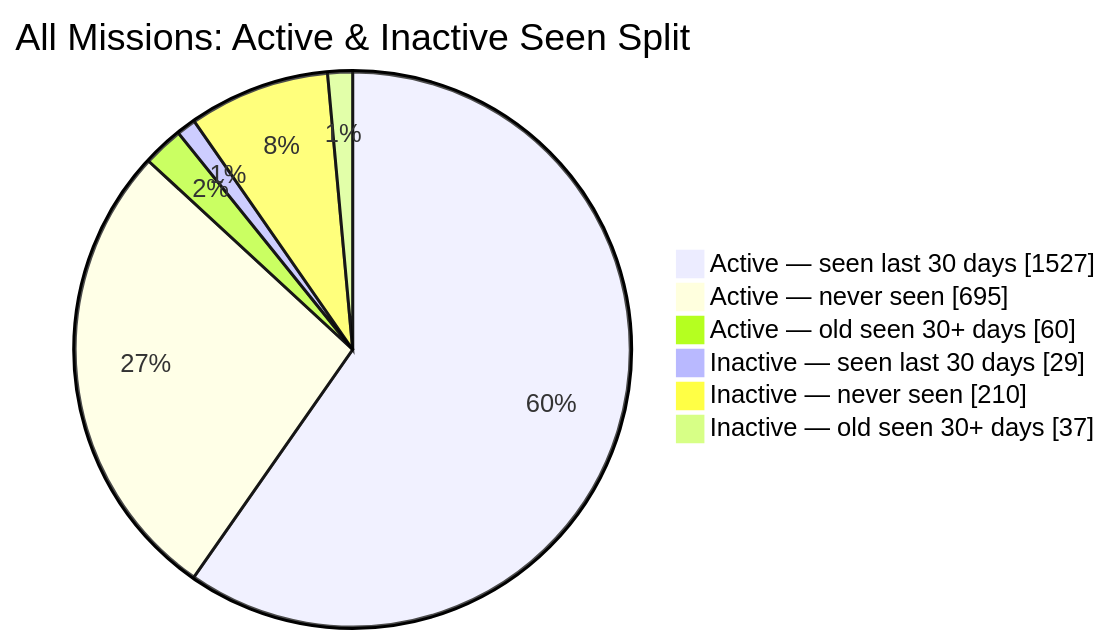
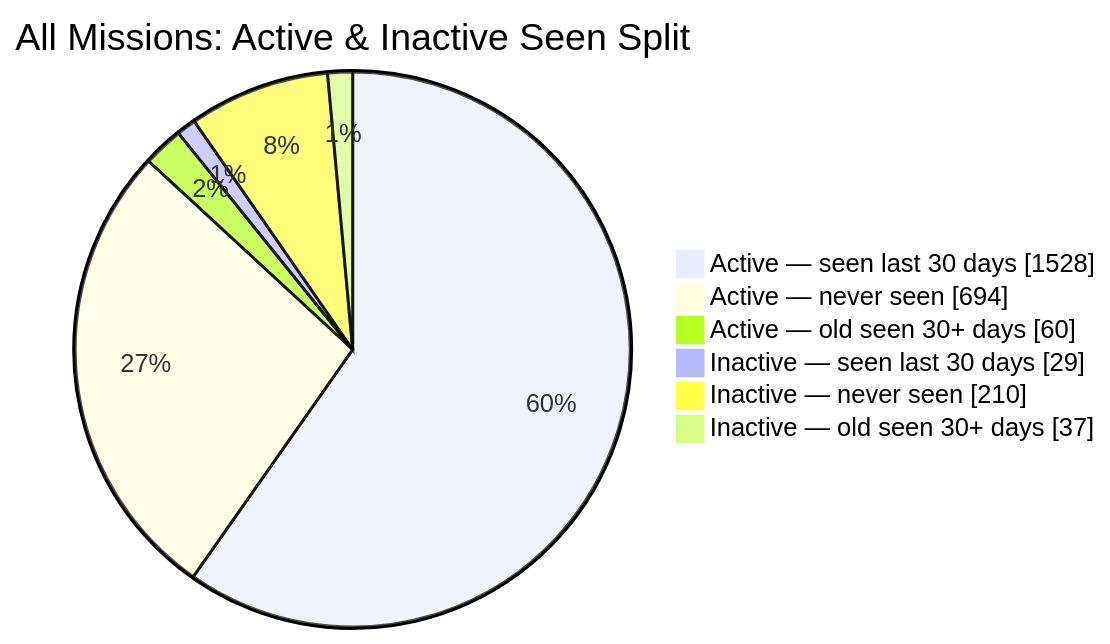
One commit to MeldkamerspelGameTeam/active-missions changed the second of 2 diagrams in README.md. Above: the diagram before and after it, drawn with Mermaid. The commit also changed other lines of this file and 2 other files, not shown here.

````diff
--- a/README.md
+++ b/README.md
@@ -44,10 +44,10 @@
 ```mermaid
 pie showData
     title All Missions: Active & Inactive Seen Split
-    "Active — seen last 30 days" : 1527
-    "Active — never seen" : 695
+    "Active — seen last 30 days" : 1528
+    "Active — never seen" : 694
     "Active — old seen 30+ days" : 60
     "Inactive — seen last 30 days" : 29
     "Inactive — never seen" : 210
     "Inactive — old seen 30+ days" : 37
 ```
````
